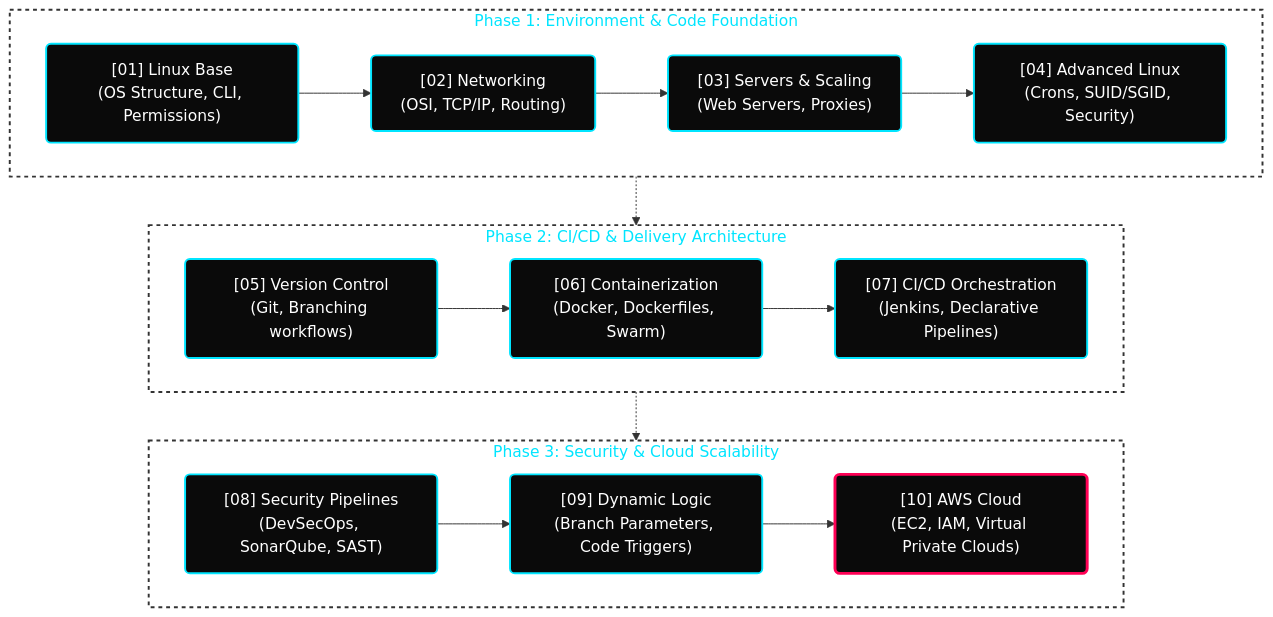
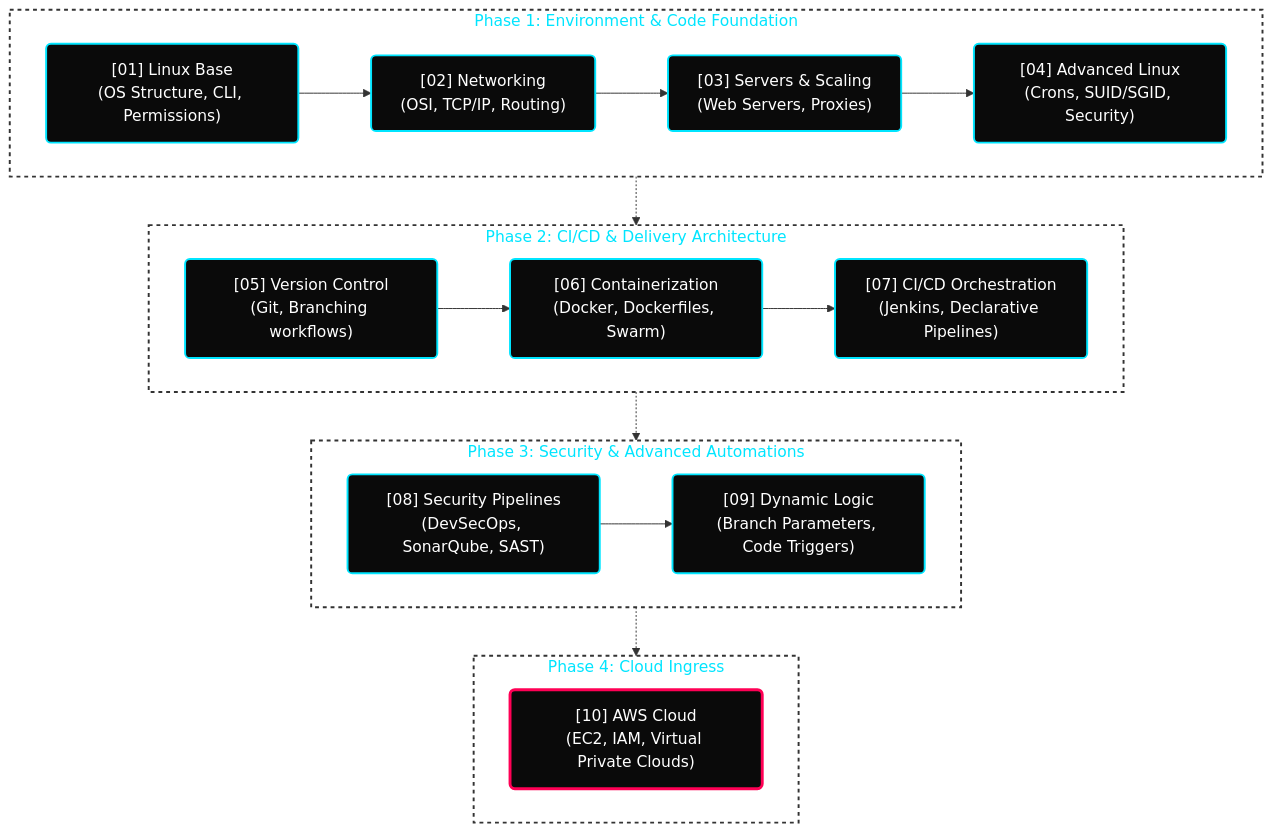
The diagram in README.md (hridyen/DevOps-Survival-Roadmap), drawn with Mermaid before and after one commit. The commit also changed other lines of this file, not shown here.

Commit message:
readme updated

````diff
--- a/README.md
+++ b/README.md
@@ -92,30 +92,34 @@
 ```mermaid
 flowchart TD
     classDef default fill:#0A0A0A,stroke:#00E5FF,stroke-width:2px,color:#FFFFFF,rx:5px,ry:5px;
     classDef active fill:#0A0A0A,stroke:#FF0055,stroke-width:3px,color:#FFFFFF,rx:5px,ry:5px;
     classDef phase fill:transparent,stroke:#333333,stroke-width:2px,stroke-dasharray: 4 4,color:#00E5FF;
 
     subgraph P1 [Phase 1: Environment & Code Foundation]
         A["[01] Linux Base<br/>(OS Structure, CLI, Permissions)"] --> 
         B["[02] Networking<br/>(OSI, TCP/IP, Routing)"] --> 
         C["[03] Servers & Scaling<br/>(Web Servers, Proxies)"] --> 
         D["[04] Advanced Linux<br/>(Crons, SUID/SGID, Security)"]
     end
 
     subgraph P2 [Phase 2: CI/CD & Delivery Architecture]
         E["[05] Version Control<br/>(Git, Branching workflows)"] --> 
         F["[06] Containerization<br/>(Docker, Dockerfiles, Swarm)"] --> 
         G["[07] CI/CD Orchestration<br/>(Jenkins, Declarative Pipelines)"]
     end
 
-    subgraph P3 [Phase 3: Security & Cloud Scalability]
+    subgraph P3 [Phase 3: Security & Advanced Automations]
         H["[08] Security Pipelines<br/>(DevSecOps, SonarQube, SAST)"] --> 
-        I["[09] Dynamic Logic<br/>(Branch Parameters, Code Triggers)"] --> 
+        I["[09] Dynamic Logic<br/>(Branch Parameters, Code Triggers)"]
+    end
+
+    subgraph P4 [Phase 4: Cloud Ingress]
         J["[10] AWS Cloud<br/>(EC2, IAM, Virtual Private Clouds)"]:::active
     end
 
     P1 -.-> P2
     P2 -.-> P3
+    P3 -.-> P4
     
-    class P1,P2,P3 phase;
+    class P1,P2,P3,P4 phase;
 ```
````
